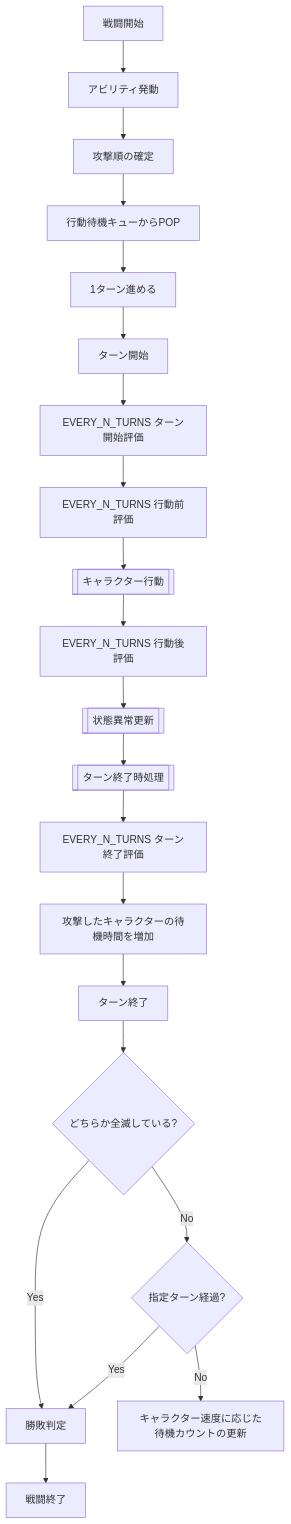
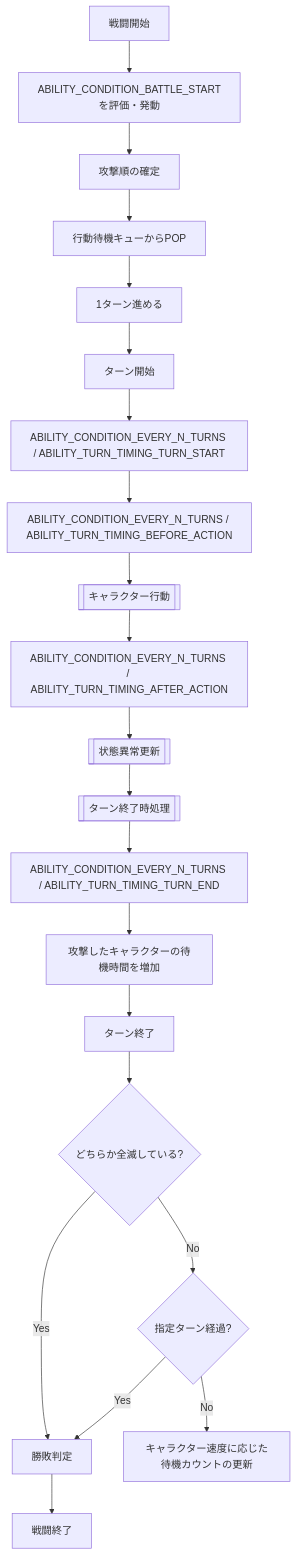
One commit to ReHydrangeaOdyssey/Specifications changed the first of 5 diagrams in design/game/battle.md. Above: the diagram before and after it, drawn with Mermaid. The commit also changed other lines of this file and 12 other files, not shown here.

Commit message:
図などの名称の統一

````diff
--- a/design/game/battle.md
+++ b/design/game/battle.md
@@ -6,32 +6,32 @@
 ```mermaid
 flowchart TD;
     Start[戦闘開始];
     End[戦闘終了];
-    TrunStart[ターン開始];
-    TurnStartAbility[EVERY_N_TURNS ターン開始評価];
-    BeforeActionAbility[EVERY_N_TURNS 行動前評価];
-    AfterActionAbility[EVERY_N_TURNS 行動後評価];
-    TurnEndAbility[EVERY_N_TURNS ターン終了評価];
-    TrunEnd[ターン終了];
+    TurnStart[ターン開始];
+    TurnStartAbility[ABILITY_CONDITION_EVERY_N_TURNS / ABILITY_TURN_TIMING_TURN_START];
+    BeforeActionAbility[ABILITY_CONDITION_EVERY_N_TURNS / ABILITY_TURN_TIMING_BEFORE_ACTION];
+    AfterActionAbility[ABILITY_CONDITION_EVERY_N_TURNS / ABILITY_TURN_TIMING_AFTER_ACTION];
+    TurnEndAbility[ABILITY_CONDITION_EVERY_N_TURNS / ABILITY_TURN_TIMING_TURN_END];
+    TurnEnd[ターン終了];
     Judgment[勝敗判定]
     CheckTurnLimit{指定ターン経過?};
     CheckAnnihilation{どちらか全滅している?};
     DetermineOrder[攻撃順の確定];
     PopQueue[行動待機キューからPOP];
     CharacterAttack[[キャラクター行動]];
-    Ability[アビリティ発動];
+    Ability[ABILITY_CONDITION_BATTLE_STARTを評価・発動];
     AddWaitCount[攻撃したキャラクターの待機時間を増加];
     NextTurn[1ターン進める];
     UpdateWaitCount[キャラクター速度に応じた待機カウントの更新];
     UpdateStatusAbnormality[[状態異常更新]];
     UpdateTurnEndEffect[[ターン終了時処理]];
 
     Start --> Ability --> DetermineOrder --> PopQueue --> NextTurn
-    NextTurn --> TrunStart --> TurnStartAbility --> BeforeActionAbility --> CharacterAttack --> AfterActionAbility --> UpdateStatusAbnormality --> UpdateTurnEndEffect --> TurnEndAbility --> AddWaitCount --> TrunEnd
-    TrunEnd --> CheckAnnihilation
+    NextTurn --> TurnStart --> TurnStartAbility --> BeforeActionAbility --> CharacterAttack --> AfterActionAbility --> UpdateStatusAbnormality --> UpdateTurnEndEffect --> TurnEndAbility --> AddWaitCount --> TurnEnd
+    TurnEnd --> CheckAnnihilation
     CheckAnnihilation -- Yes --> Judgment;
     CheckAnnihilation -- No --> CheckTurnLimit;
     CheckTurnLimit -- Yes --> Judgment;
     CheckTurnLimit -- No --> UpdateWaitCount;
     Judgment --> End
 ```
````
